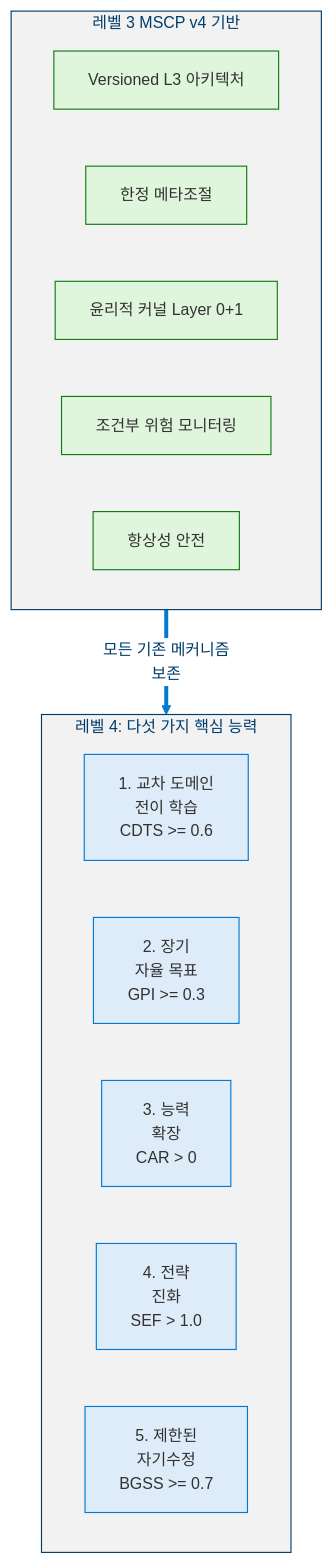
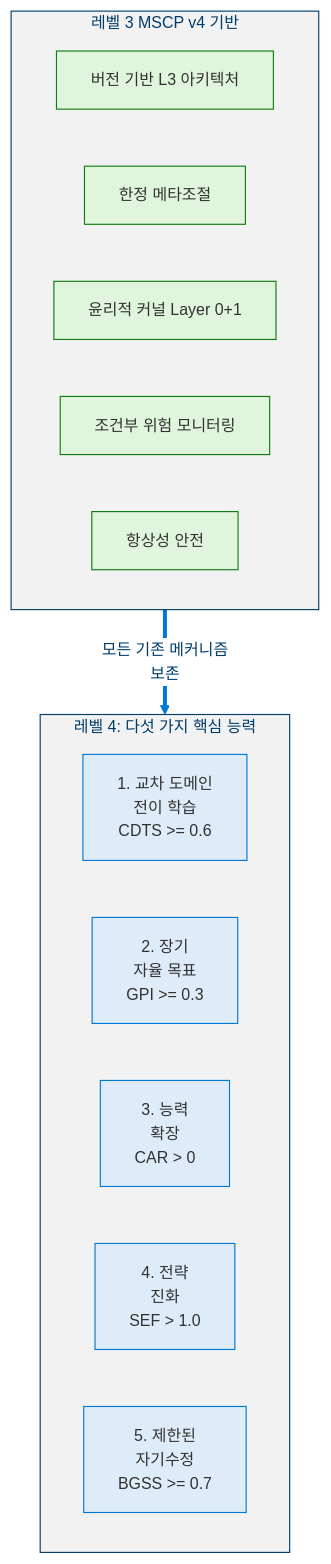
The first of 14 diagrams in docs/levels/Level_4_Adaptive_General_Agent.ko.md (dotnetpower/mscp), drawn with Mermaid before and after one commit. The commit also changed other lines of this file and 33 other files, not shown here.

````diff
--- a/docs/levels/Level_4_Adaptive_General_Agent.ko.md
+++ b/docs/levels/Level_4_Adaptive_General_Agent.ko.md
@@ -63,24 +67,24 @@
 ```mermaid
 %%{init: {'theme': 'base', 'themeVariables': {'primaryColor': '#0078D4', 'primaryTextColor': '#003D6B', 'primaryBorderColor': '#003D6B', 'secondaryColor': '#50E6FF', 'secondaryTextColor': '#323130', 'secondaryBorderColor': '#00BCF2', 'tertiaryColor': '#F2F2F2', 'tertiaryTextColor': '#323130', 'lineColor': '#0078D4', 'textColor': '#323130', 'mainBkg': '#DEECF9', 'nodeBorder': '#0078D4', 'clusterBkg': '#F2F2F2', 'clusterBorder': '#003D6B', 'titleColor': '#003D6B', 'edgeLabelBackground': '#FFFFFF', 'fontSize': '14px'}}}%%
 flowchart TD
   classDef cap fill:#DEECF9,stroke:#0078D4,color:#323130
   classDef foundation fill:#DFF6DD,stroke:#107C10,color:#323130
 
   subgraph L4Caps["레벨 4: 다섯 가지 핵심 능력"]
     C1["1. 교차 도메인<br/>전이 학습<br/>CDTS >= 0.6"]:::cap
     C2["2. 장기<br/>자율 목표<br/>GPI >= 0.3"]:::cap
     C3["3. 능력<br/>확장<br/>CAR > 0"]:::cap
     C4["4. 전략<br/>진화<br/>SEF > 1.0"]:::cap
     C5["5. 제한된<br/>자기수정<br/>BGSS >= 0.7"]:::cap
   end
 
   subgraph Foundation["레벨 3 MSCP v4 기반"]
-    F1["Versioned L3 아키텍처"]:::foundation
+    F1["버전 기반 L3 아키텍처"]:::foundation
     F2["한정 메타조절"]:::foundation
     F3["윤리적 커널 Layer 0+1"]:::foundation
     F4["조건부 위험 모니터링"]:::foundation
     F5["항상성 안전"]:::foundation
   end
 
   Foundation ==>|"모든 기존 메커니즘<br/>보존"| L4Caps
 ```
````
